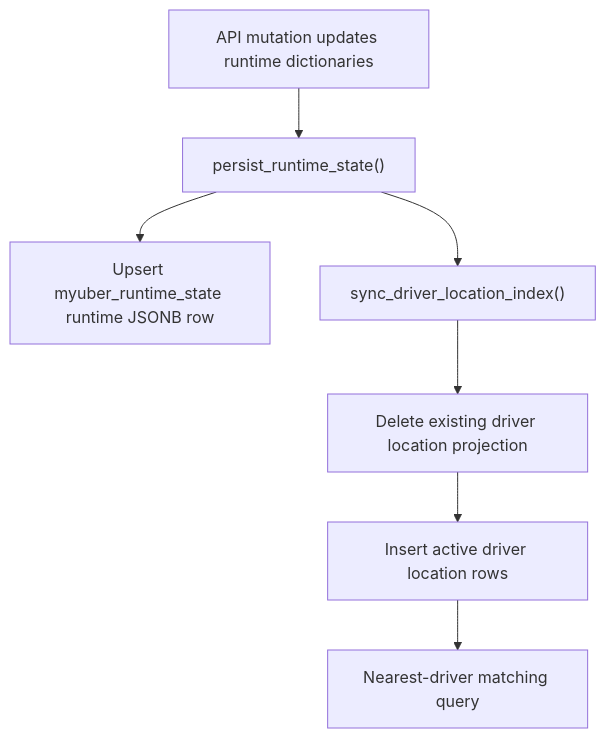
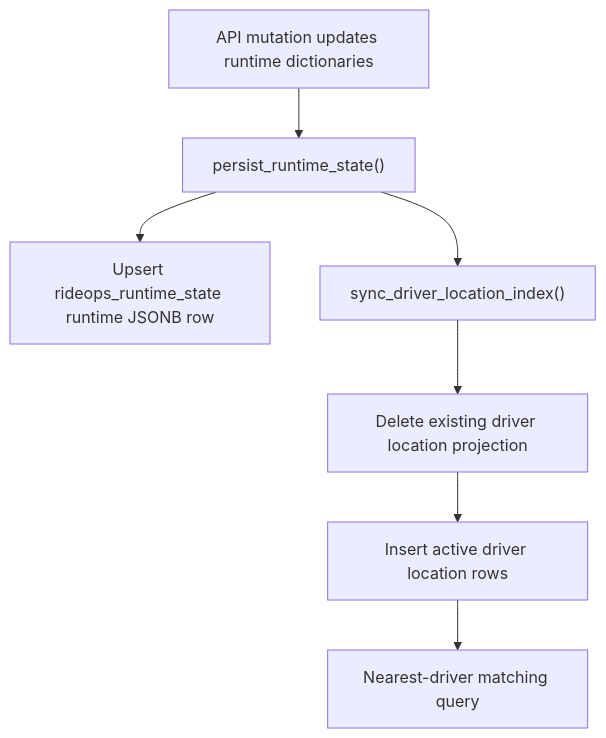
One commit to Killdroid2342/UberCloneServer changed the third of 3 diagrams in docs/DB_SCHEMA.md. Above: the diagram before and after it, drawn with Mermaid. The commit also changed other lines of this file, not shown here.

````diff
--- a/docs/DB_SCHEMA.md
+++ b/docs/DB_SCHEMA.md
@@ -372,17 +391,17 @@
 ```mermaid
 flowchart TD
     Mutation["API mutation updates runtime dictionaries"]
     Persist["persist_runtime_state()"]
-    RuntimeRow["Upsert myuber_runtime_state runtime JSONB row"]
+    RuntimeRow["Upsert rideops_runtime_state runtime JSONB row"]
     SyncIndex["sync_driver_location_index()"]
     DeleteIndex["Delete existing driver location projection"]
     InsertIndex["Insert active driver location rows"]
     Match["Nearest-driver matching query"]
 
     Mutation --> Persist
     Persist --> RuntimeRow
     Persist --> SyncIndex
     SyncIndex --> DeleteIndex
     DeleteIndex --> InsertIndex
     InsertIndex --> Match
 ```
````
